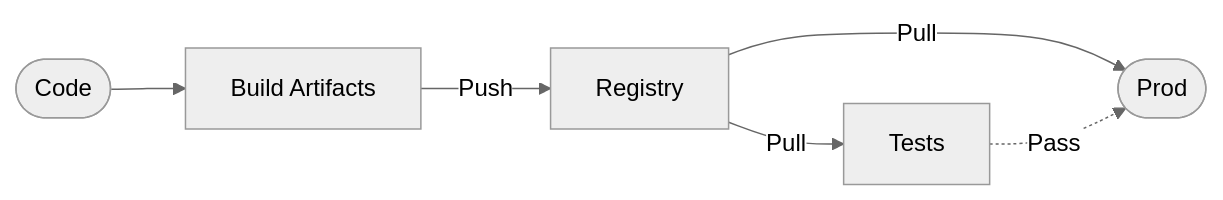
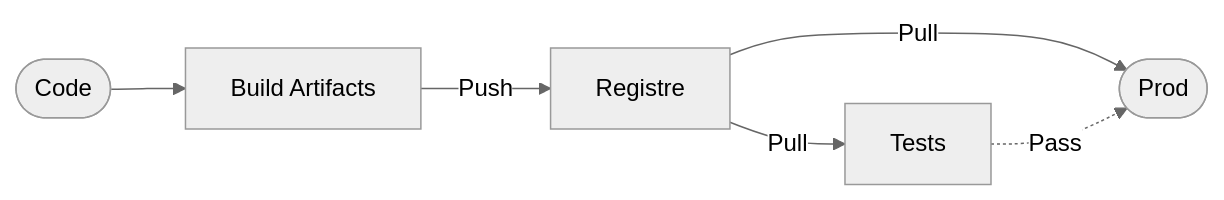
Before and after one commit to carboneater/code-signing-talk: the fourth of 9 diagrams in talk.md, drawn with Mermaid (neutral theme). The commit also changed other lines of this file and 1 other file, not shown here.

````diff
--- a/talk.md
+++ b/talk.md
@@ -165,6 +161,6 @@
 ```mermaid
 flowchart LR
 
-C([Code]) --> B[Build Artifacts] -->|Push| R[Registry] -->|Pull| P([Prod]) & T[Tests]
+C([Code]) --> B[Build Artifacts] -->|Push| R[Registre] -->|Pull| P([Prod]) & T[Tests]
 T -.->|Pass| P
 ```
````
